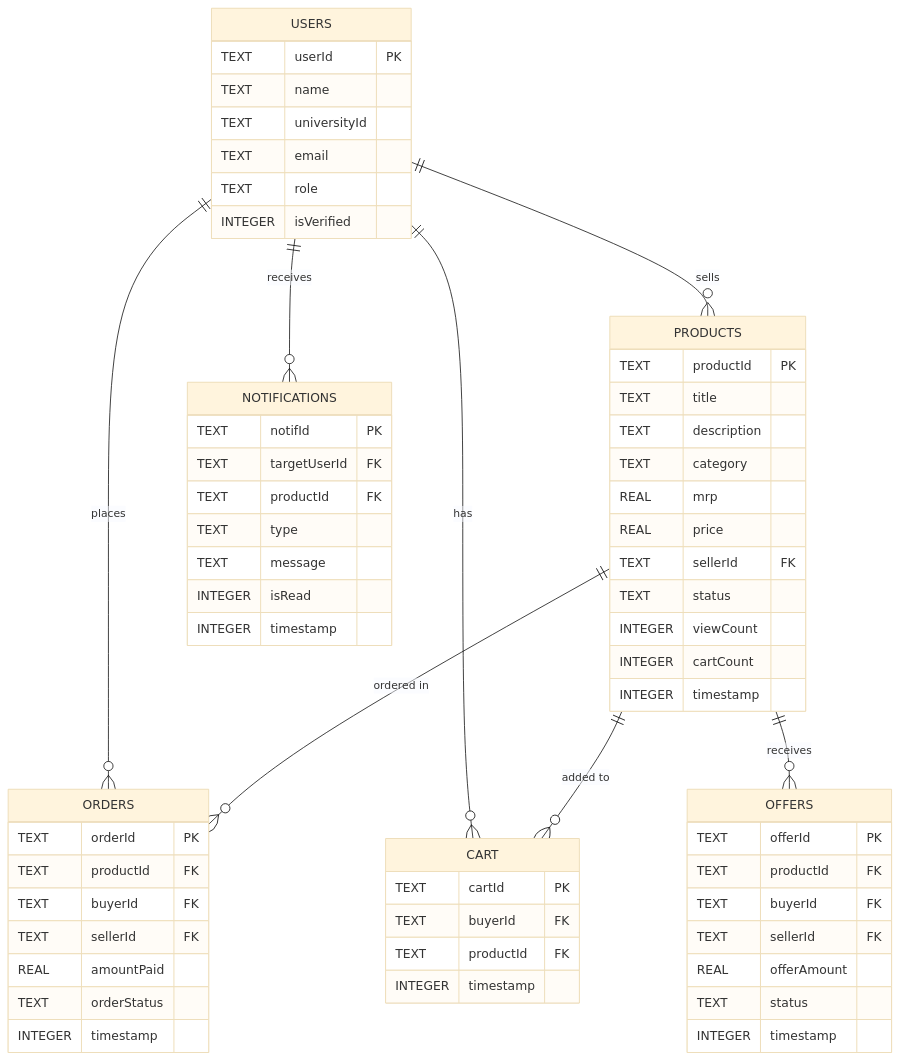
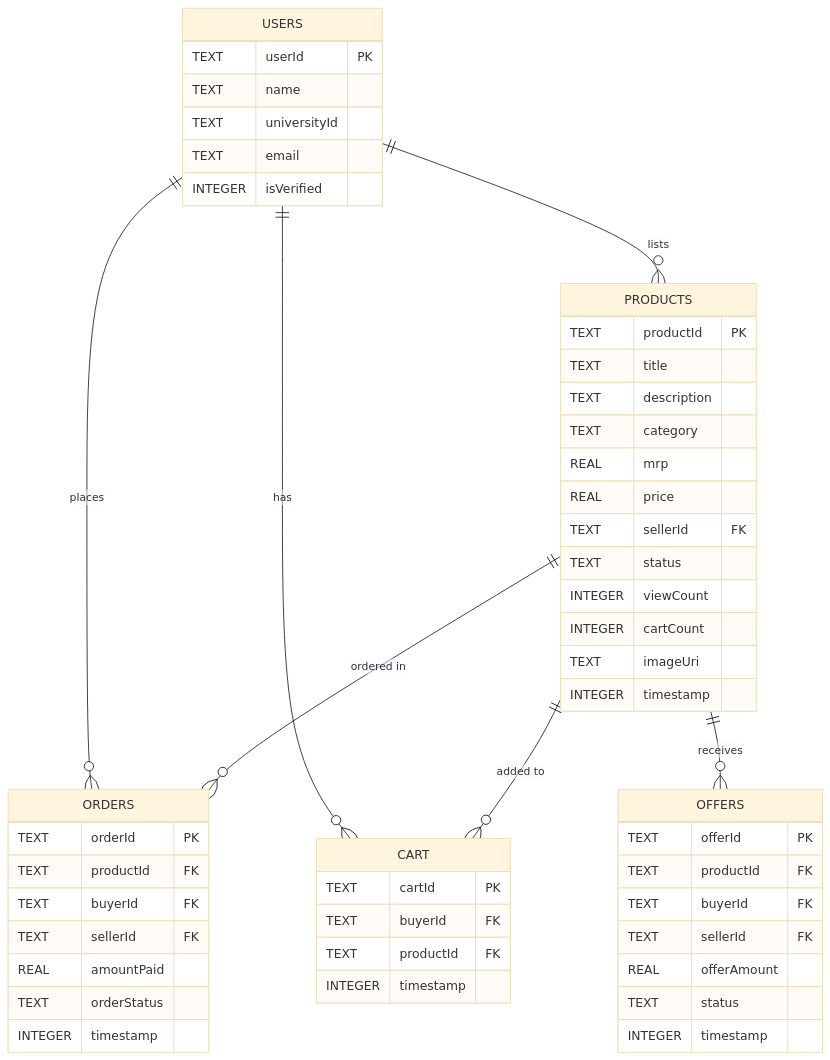
One commit to xnshikaa/CampusCycle changed the fifth of 5 diagrams in README.md. Above: the diagram before and after it, drawn with Mermaid (base theme). The commit also changed other lines of this file, not shown here.

````diff
--- a/README.md
+++ b/README.md
@@ -185,65 +213,55 @@
 ```mermaid
 erDiagram
     USERS {
         TEXT userId PK
         TEXT name
         TEXT universityId
         TEXT email
-        TEXT role
         INTEGER isVerified
     }
     PRODUCTS {
         TEXT productId PK
         TEXT title
         TEXT description
         TEXT category
         REAL mrp
         REAL price
         TEXT sellerId FK
         TEXT status
         INTEGER viewCount
         INTEGER cartCount
+        TEXT imageUri
         INTEGER timestamp
     }
     ORDERS {
         TEXT orderId PK
         TEXT productId FK
         TEXT buyerId FK
         TEXT sellerId FK
         REAL amountPaid
         TEXT orderStatus
         INTEGER timestamp
     }
     CART {
         TEXT cartId PK
         TEXT buyerId FK
         TEXT productId FK
         INTEGER timestamp
     }
     OFFERS {
         TEXT offerId PK
         TEXT productId FK
         TEXT buyerId FK
         TEXT sellerId FK
         REAL offerAmount
         TEXT status
         INTEGER timestamp
     }
-    NOTIFICATIONS {
-        TEXT notifId PK
-        TEXT targetUserId FK
-        TEXT productId FK
-        TEXT type
-        TEXT message
-        INTEGER isRead
-        INTEGER timestamp
-    }
 
-    USERS ||--o{ PRODUCTS : "sells"
+    USERS ||--o{ PRODUCTS : "lists"
     USERS ||--o{ ORDERS : "places"
     PRODUCTS ||--o{ ORDERS : "ordered in"
     USERS ||--o{ CART : "has"
     PRODUCTS ||--o{ CART : "added to"
     PRODUCTS ||--o{ OFFERS : "receives"
-    USERS ||--o{ NOTIFICATIONS : "receives"
 ```
````
